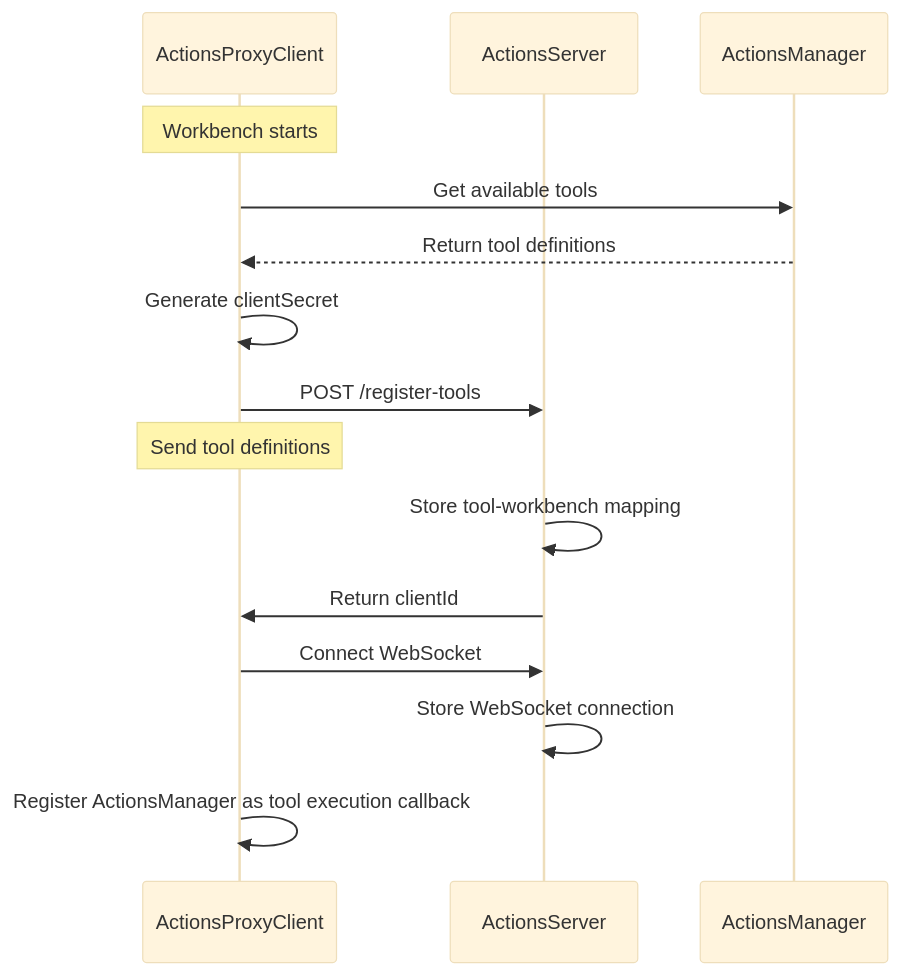
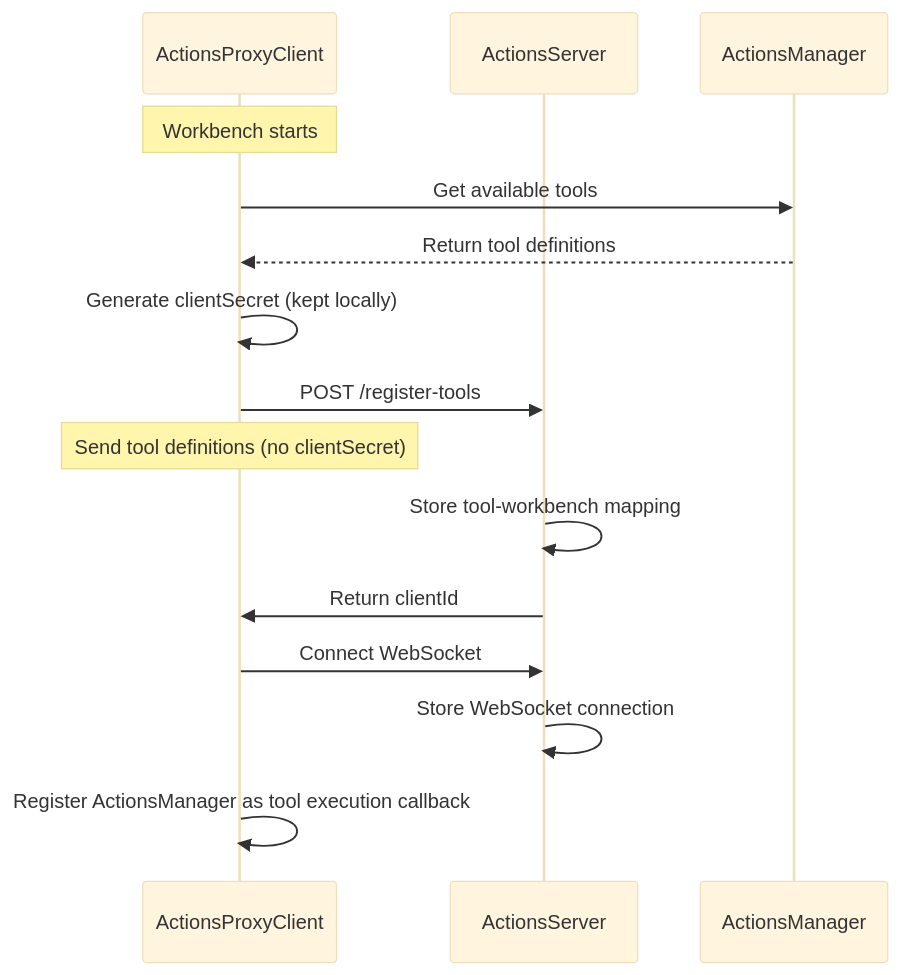
Before and after one commit to mrsimpson/piddie: the first of 3 diagrams in packages/actions-server/README.md, drawn with Mermaid (base theme). The commit also changed other lines of this file, not shown here.

Commit message:
Specify interaction with WorkbenchMCPServer

````diff
--- a/packages/actions-server/README.md
+++ b/packages/actions-server/README.md
@@ -37,18 +45,18 @@
 ```mermaid
 sequenceDiagram
-    participant Workbench as ActionsProxyClient
-    participant Server as ActionsServer
-    participant Manager as ActionsManager
+   participant Workbench as ActionsProxyClient
+   participant Server as ActionsServer
+   participant Manager as ActionsManager
 
-    Note over Workbench: Workbench starts
-    Workbench->>Manager: Get available tools
-    Manager-->>Workbench: Return tool definitions
-    Workbench->>Workbench: Generate clientSecret
-    Workbench->>Server: POST /register-tools
-    Note over Workbench: Send tool definitions
-    Server->>Server: Store tool-workbench mapping
-    Server->>Workbench: Return clientId
-    Workbench->>Server: Connect WebSocket
-    Server->>Server: Store WebSocket connection
-    Workbench->>Workbench: Register ActionsManager as tool execution callback
+   Note over Workbench: Workbench starts
+   Workbench->>Manager: Get available tools
+   Manager-->>Workbench: Return tool definitions
+   Workbench->>Workbench: Generate clientSecret (kept locally)
+   Workbench->>Server: POST /register-tools
+   Note over Workbench: Send tool definitions (no clientSecret)
+   Server->>Server: Store tool-workbench mapping
+   Server->>Workbench: Return clientId
+   Workbench->>Server: Connect WebSocket
+   Server->>Server: Store WebSocket connection
+   Workbench->>Workbench: Register ActionsManager as tool execution callback
 ```
````
